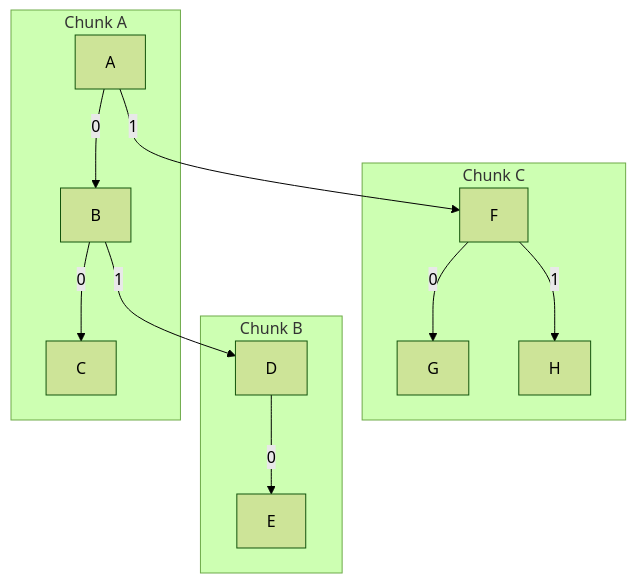
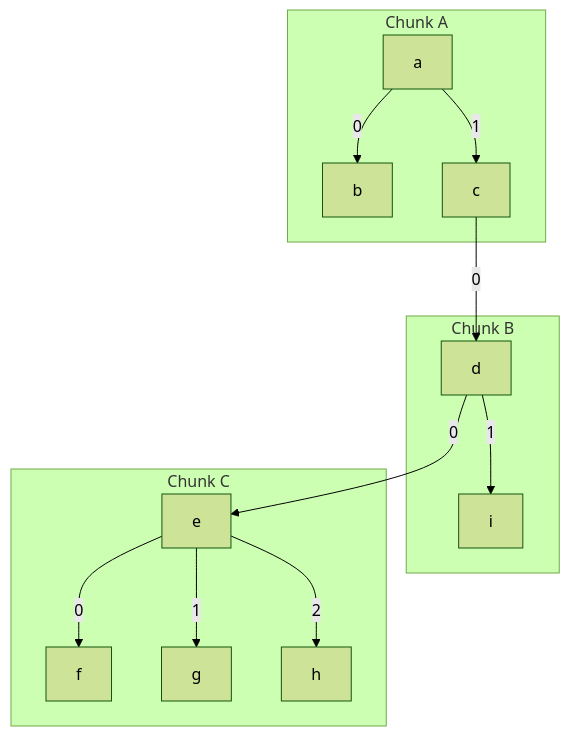
Before and after one commit to microsoft/FluidFramework: diagram 11 of 27 in packages/dds/tree/docs/wip/treeStorage.md, drawn with Mermaid (forest theme). The commit also changed other lines of this file, not shown here.

Commit message:
fix up chunk data structure sections some more

````diff
--- a/packages/dds/tree/docs/wip/treeStorage.md
+++ b/packages/dds/tree/docs/wip/treeStorage.md
@@ -261,21 +272,24 @@
 ```mermaid
 graph TD;
-    A--0-->B--0-->C
-    B--1-->D--0-->E
-    A--1-->F--0-->G
-    F--1-->H
-    subgraph Chunk C
-    F
-    G
-    H
+    a--0-->b;
+    a--1-->c--0-->d--0-->e;
+    d--1-->i;
+    e--0-->f;
+    e--1-->g;
+    e--2-->h;
+    subgraph Chunk A
+        a
+        b
+        c
     end
     subgraph Chunk B
-    D
-    E
+        d
+        i
     end
-    subgraph Chunk A
-    A
-    B
-    C
+    subgraph Chunk C
+        e
+        f
+        g
+        h
     end
 ```
````
